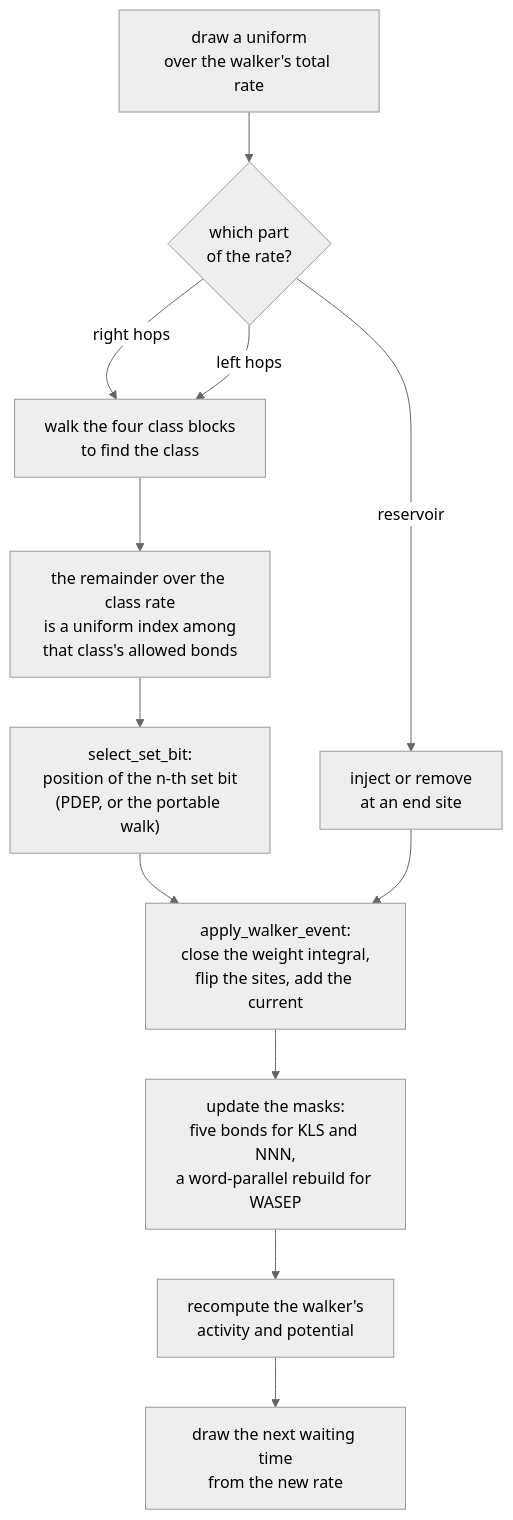
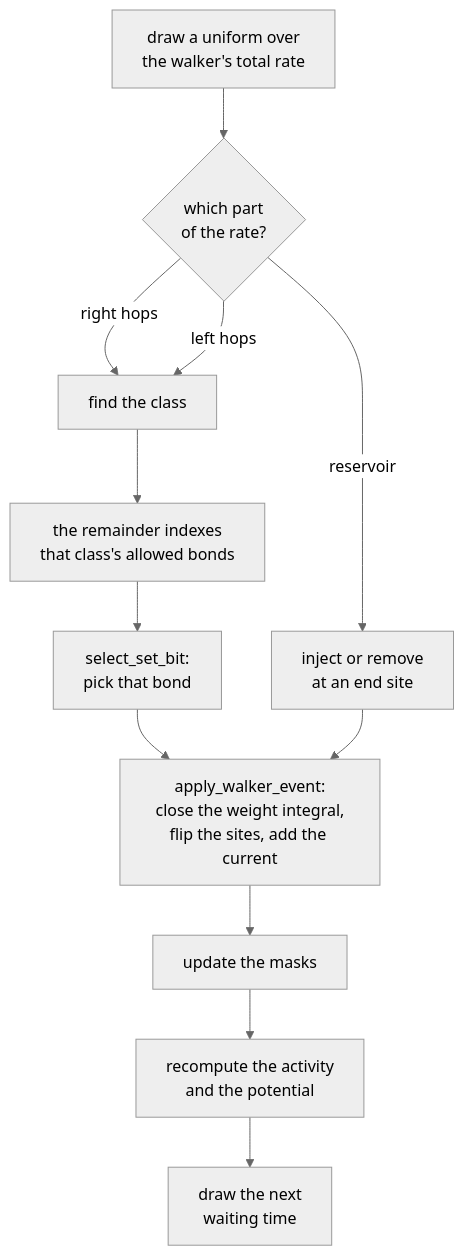
Before and after one commit to jcosta99/Rare-Events-Simulator: the third of 3 diagrams in Simulator/docs/SIMULATION_FLOW.md, drawn with Mermaid (neutral theme). The commit also changed other lines of this file, not shown here.

Commit message:
Flow Chart corrections

````diff
--- a/Simulator/docs/SIMULATION_FLOW.md
+++ b/Simulator/docs/SIMULATION_FLOW.md
@@ -105,15 +112,15 @@
 ```mermaid
 flowchart TD
-    draw["draw a uniform<br/>over the walker's total rate"] --> dir{"which part<br/>of the rate?"}
-    dir -->|"right hops"| cls["walk the four class blocks<br/>to find the class"]
+    draw["draw a uniform over<br/>the walker's total rate"] --> dir{"which part<br/>of the rate?"}
+    dir -->|"right hops"| cls["find the class"]
     dir -->|"left hops"| cls
     dir -->|"reservoir"| bnd["inject or remove<br/>at an end site"]
-    cls --> ordinal["the remainder over the class rate<br/>is a uniform index among<br/>that class's allowed bonds"]
-    ordinal --> pick["select_set_bit:<br/>position of the n-th set bit<br/>(PDEP, or the portable walk)"]
+    cls --> ordinal["the remainder indexes<br/>that class's allowed bonds"]
+    ordinal --> pick["select_set_bit:<br/>pick that bond"]
     pick --> apply
     bnd --> apply
     apply["apply_walker_event:<br/>close the weight integral,<br/>flip the sites, add the current"]
-    apply --> masks["update the masks:<br/>five bonds for KLS and NNN,<br/>a word-parallel rebuild for WASEP"]
-    masks --> rate["recompute the walker's<br/>activity and potential"]
-    rate --> wait["draw the next waiting time<br/>from the new rate"]
+    apply --> masks["update the masks"]
+    masks --> rate["recompute the activity<br/>and the potential"]
+    rate --> wait["draw the next<br/>waiting time"]
 ```
````
